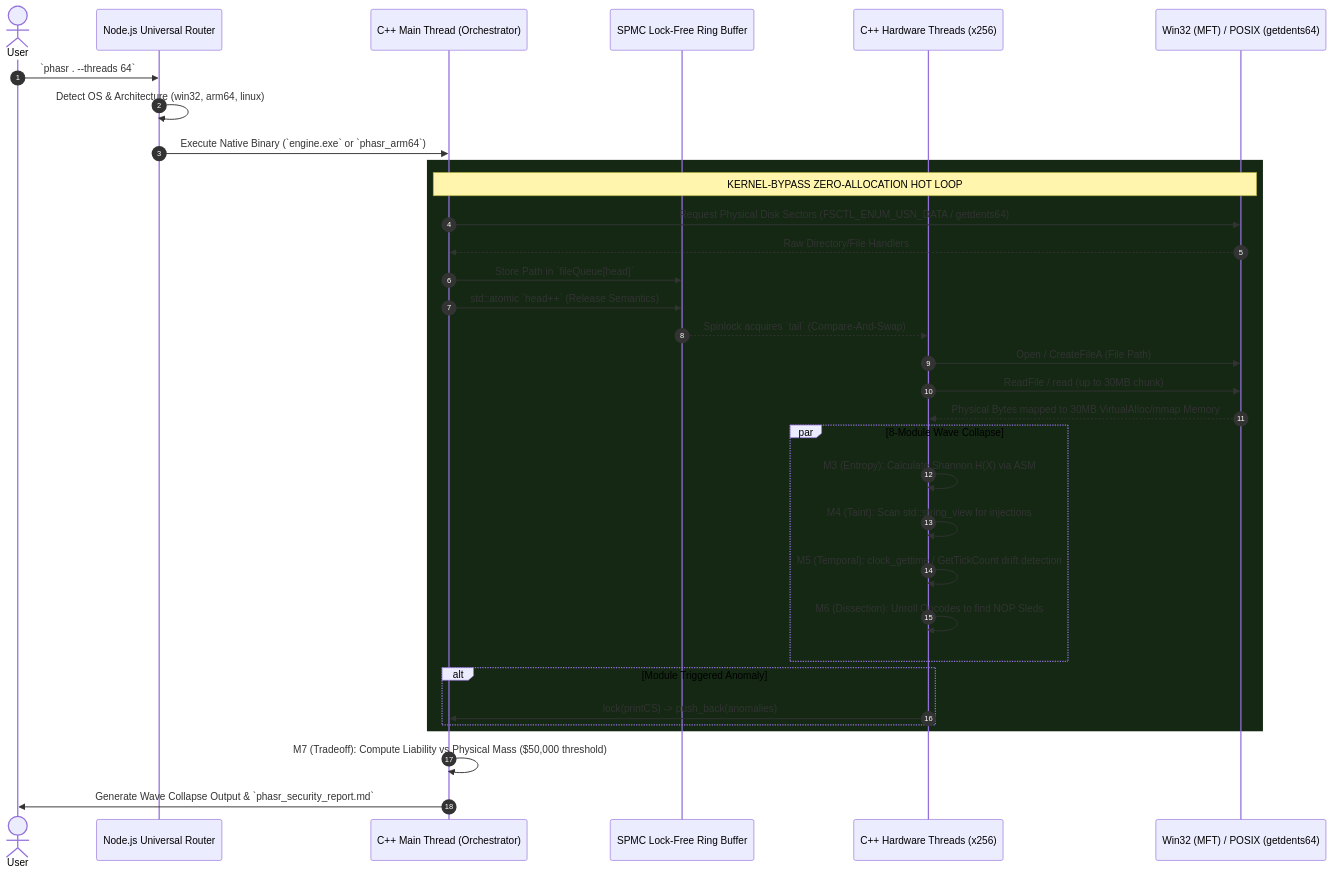
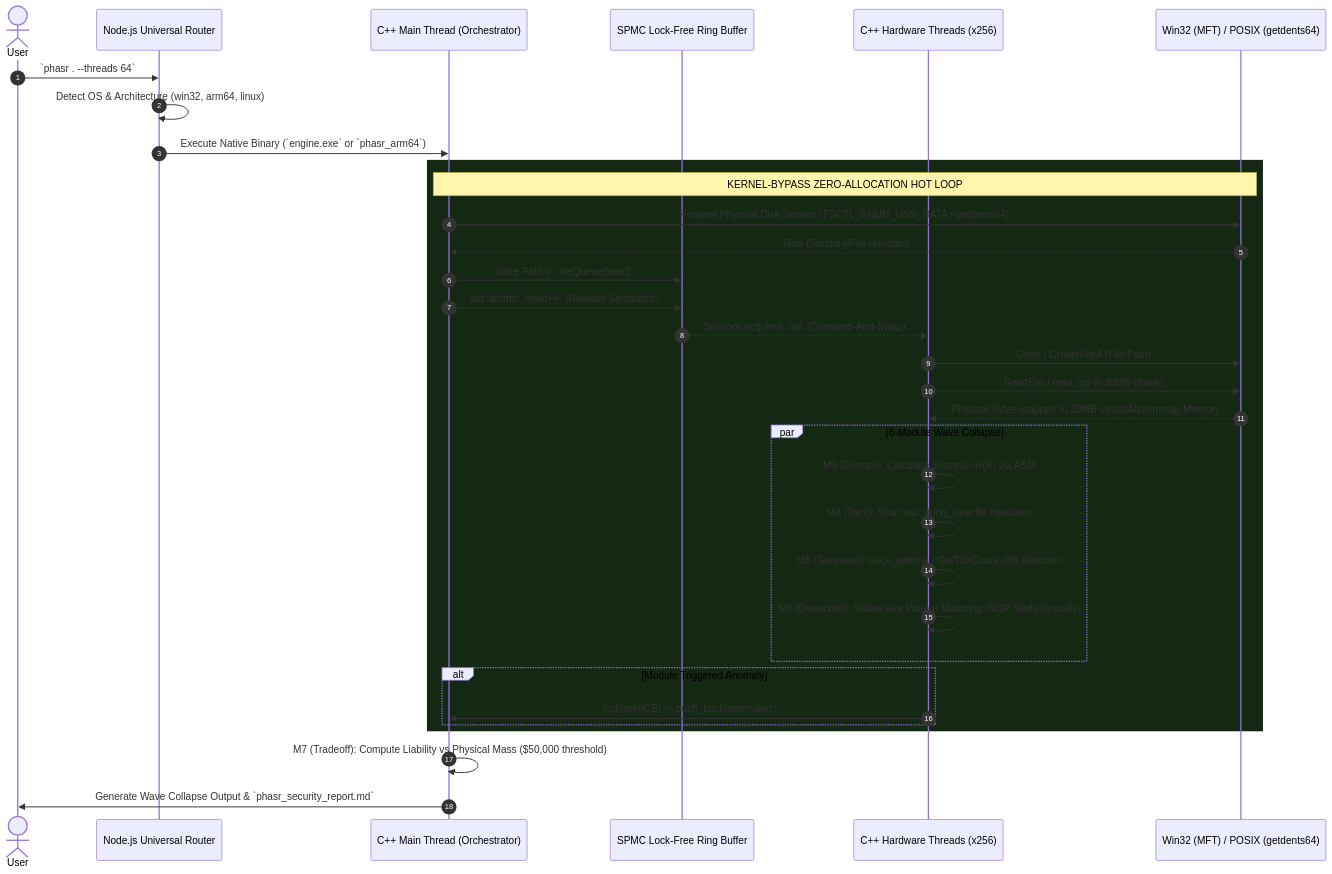
The first of 2 diagrams in docs/DATA_FLOW.md (Zeo120/ZTL-Tech), drawn with Mermaid before and after one commit. The commit also changed 5 other files, not shown here.

Commit message:
Implement Native Hex Dissection, Pre-flight compiler checks, and C++ lock-free SPMC engine updates

````diff
--- a/docs/DATA_FLOW.md
+++ b/docs/DATA_FLOW.md
@@ -8,41 +8,41 @@
 ```mermaid
 sequenceDiagram
     autonumber
     actor User
     participant CLI as Node.js Universal Router
     participant Main as C++ Main Thread (Orchestrator)
     participant Buffer as SPMC Lock-Free Ring Buffer
     participant Worker as C++ Hardware Threads (x256)
     participant Kernel as Win32 (MFT) / POSIX (getdents64)
 
     User->>CLI: `phasr . --threads 64`
     CLI->>CLI: Detect OS & Architecture (win32, arm64, linux)
     CLI->>Main: Execute Native Binary (`engine.exe` or `phasr_arm64`)
     
     rect rgb(20, 40, 20)
         Note over Main, Kernel: KERNEL-BYPASS ZERO-ALLOCATION HOT LOOP
         Main->>Kernel: Request Physical Disk Sectors (FSCTL_ENUM_USN_DATA / getdents64)
         Kernel-->>Main: Raw Directory/File Handlers
         Main->>Buffer: Store Path in `fileQueue[head]`
         Main->>Buffer: std::atomic `head++` (Release Semantics)
         
         Buffer-->>Worker: Spinlock acquires `tail` (Compare-And-Swap)
         Worker->>Kernel: Open / CreateFileA (File Path)
         Worker->>Kernel: ReadFile / read (up to 30MB chunk)
         Kernel-->>Worker: Physical Bytes mapped to 30MB VirtualAlloc/mmap Memory
         
         par 8-Module Wave Collapse
             Worker->>Worker: M3 (Entropy): Calculate Shannon H(X) via ASM
             Worker->>Worker: M4 (Taint): Scan std::string_view for injections
             Worker->>Worker: M5 (Temporal): clock_gettime / GetTickCount drift detection
-            Worker->>Worker: M6 (Dissection): Unroll Opcodes to find NOP Sleds
+            Worker->>Worker: M6 (Dissection): Native Hex Pattern Matching (NOP Sleds/Syscalls)
         end
         
         alt Module Triggered Anomaly
             Worker->>Main: lock(printCS) -> push_back(anomalies)
         end
     end
     
     Main->>Main: M7 (Tradeoff): Compute Liability vs Physical Mass ($50,000 threshold)
     Main->>User: Generate Wave Collapse Output & `phasr_security_report.md`
 ```
````
